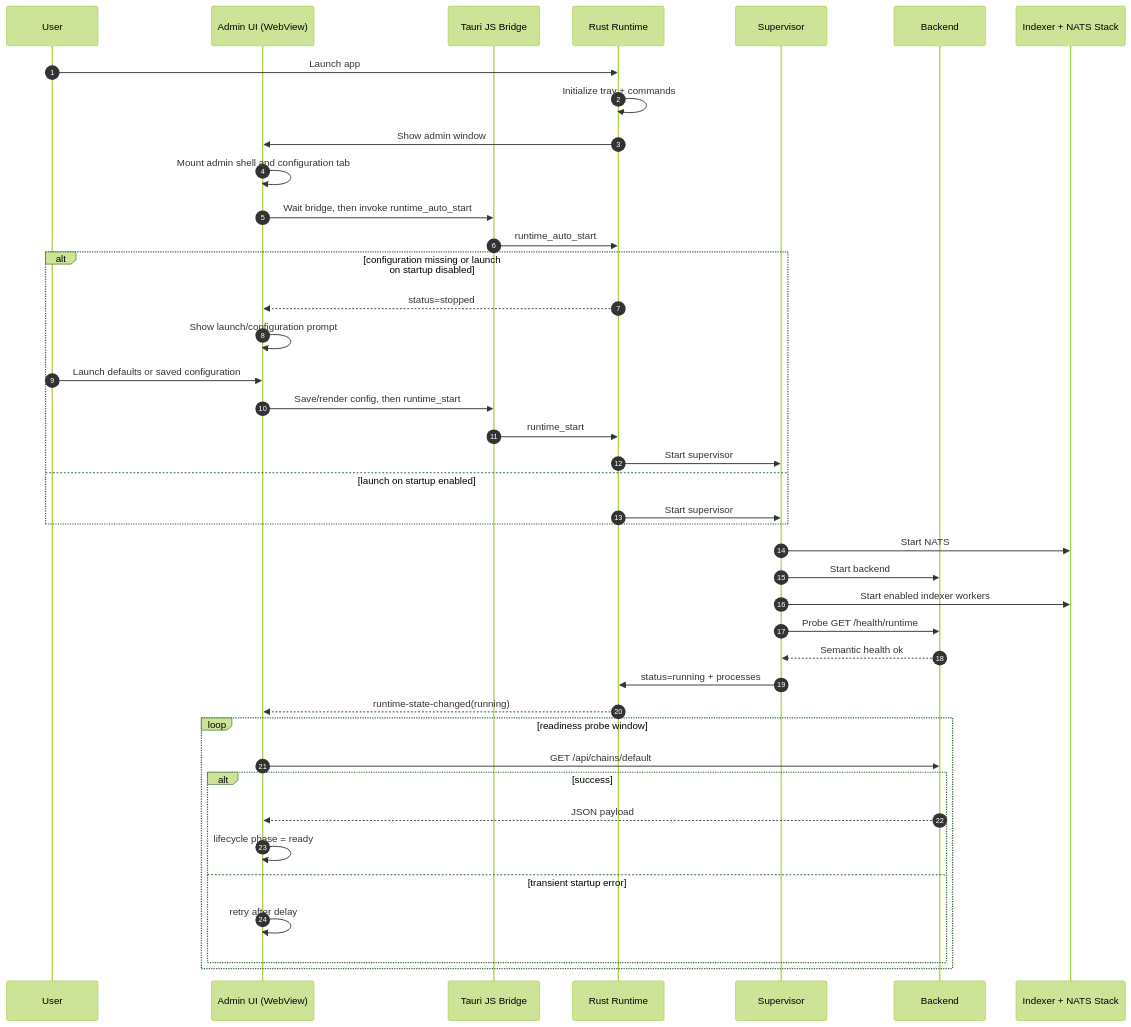
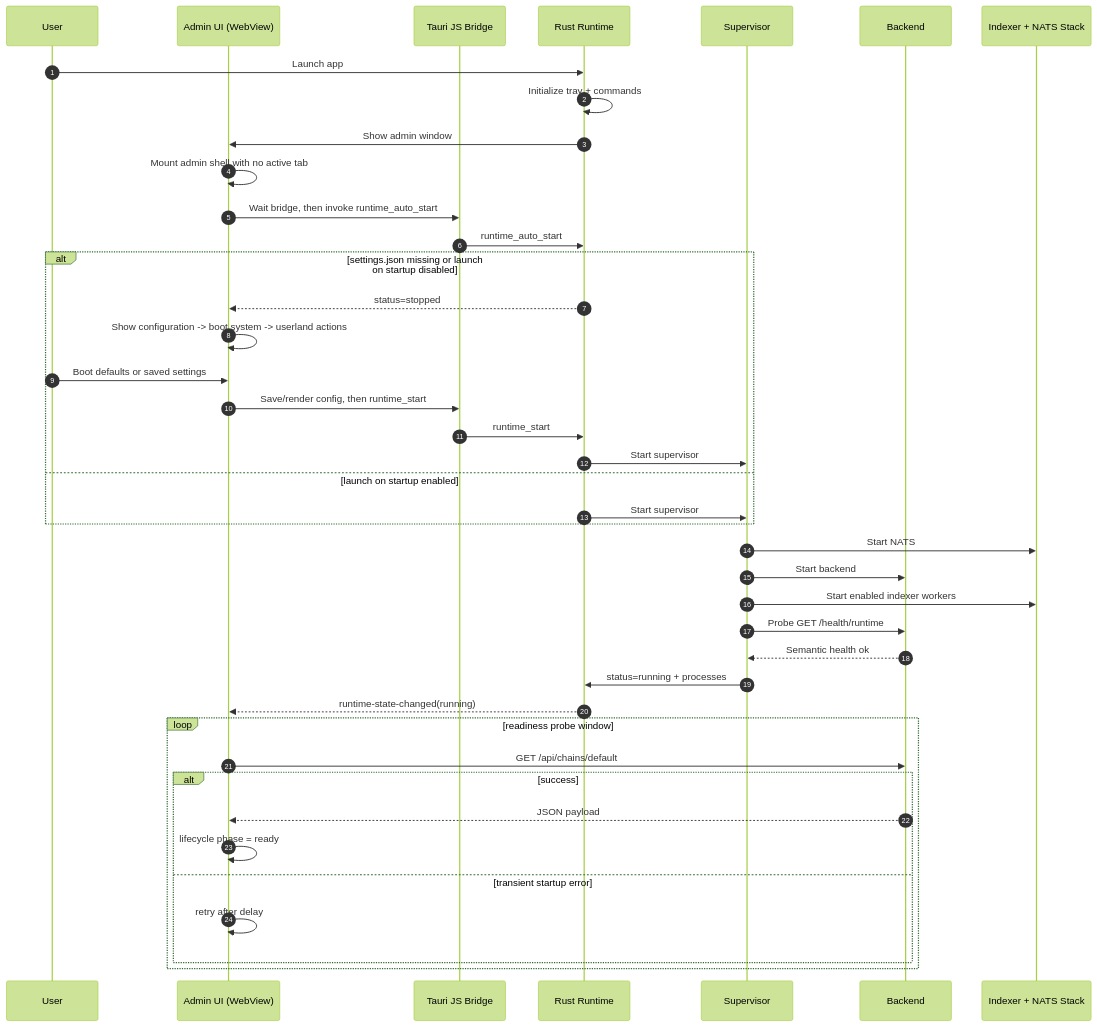
Before and after one commit to d347h-eth/artgod: the diagram in docs/diagrams/01-desktop-startup-happy-path.md, drawn with Mermaid (forest theme). The commit also changed 2 other files, not shown here.

Commit message:
Document refined admin startup flow

````diff
--- a/docs/diagrams/01-desktop-startup-happy-path.md
+++ b/docs/diagrams/01-desktop-startup-happy-path.md
@@ -5,47 +5,47 @@
 ```mermaid
 sequenceDiagram
     autonumber
     participant U as User
     participant A as Admin UI (WebView)
     participant T as Tauri JS Bridge
     participant R as Rust Runtime
     participant S as Supervisor
     participant B as Backend
     participant W as Indexer + NATS Stack
 
     U->>R: Launch app
     R->>R: Initialize tray + commands
     R->>A: Show admin window
-    A->>A: Mount admin shell and configuration tab
+    A->>A: Mount admin shell with no active tab
 
     A->>T: Wait bridge, then invoke runtime_auto_start
     T->>R: runtime_auto_start
-    alt configuration missing or launch on startup disabled
+    alt settings.json missing or launch on startup disabled
         R-->>A: status=stopped
-        A->>A: Show launch/configuration prompt
-        U->>A: Launch defaults or saved configuration
+        A->>A: Show configuration -> boot system -> userland actions
+        U->>A: Boot defaults or saved settings
         A->>T: Save/render config, then runtime_start
         T->>R: runtime_start
         R->>S: Start supervisor
     else launch on startup enabled
         R->>S: Start supervisor
     end
 
     S->>W: Start NATS
     S->>B: Start backend
     S->>W: Start enabled indexer workers
     S->>B: Probe GET /health/runtime
     B-->>S: Semantic health ok
     S->>R: status=running + processes
     R-->>A: runtime-state-changed(running)
 
     loop readiness probe window
         A->>B: GET /api/chains/default
         alt success
             B-->>A: JSON payload
             A->>A: lifecycle phase = ready
         else transient startup error
             A->>A: retry after delay
         end
     end
 ```
````
